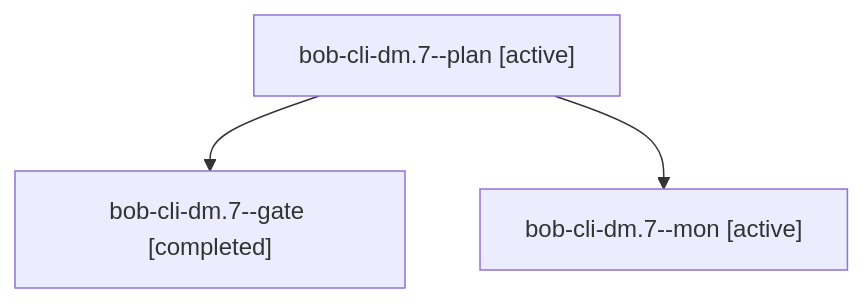
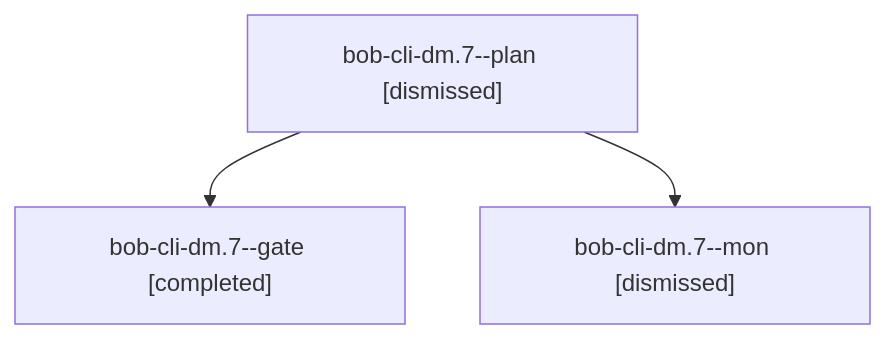
One commit to bobs-org/bob-cli--agents changed the diagram in sessions/bbugyi200.apollo.bob-cli-dm.7.md. Above: the diagram before and after it, drawn with Mermaid. The commit also changed other lines of this file and 222 other files, not shown here.

````diff
--- a/sessions/bbugyi200.apollo.bob-cli-dm.7.md
+++ b/sessions/bbugyi200.apollo.bob-cli-dm.7.md
@@ -9,8 +9,8 @@
 ```mermaid
 flowchart TD
-  n0["bob-cli-dm.7--plan [active]"]
+  n0["bob-cli-dm.7--plan [dismissed]"]
   n1["bob-cli-dm.7--gate [completed]"]
   n0 --> n1
-  n2["bob-cli-dm.7--mon [active]"]
+  n2["bob-cli-dm.7--mon [dismissed]"]
   n0 --> n2
 ```
````
